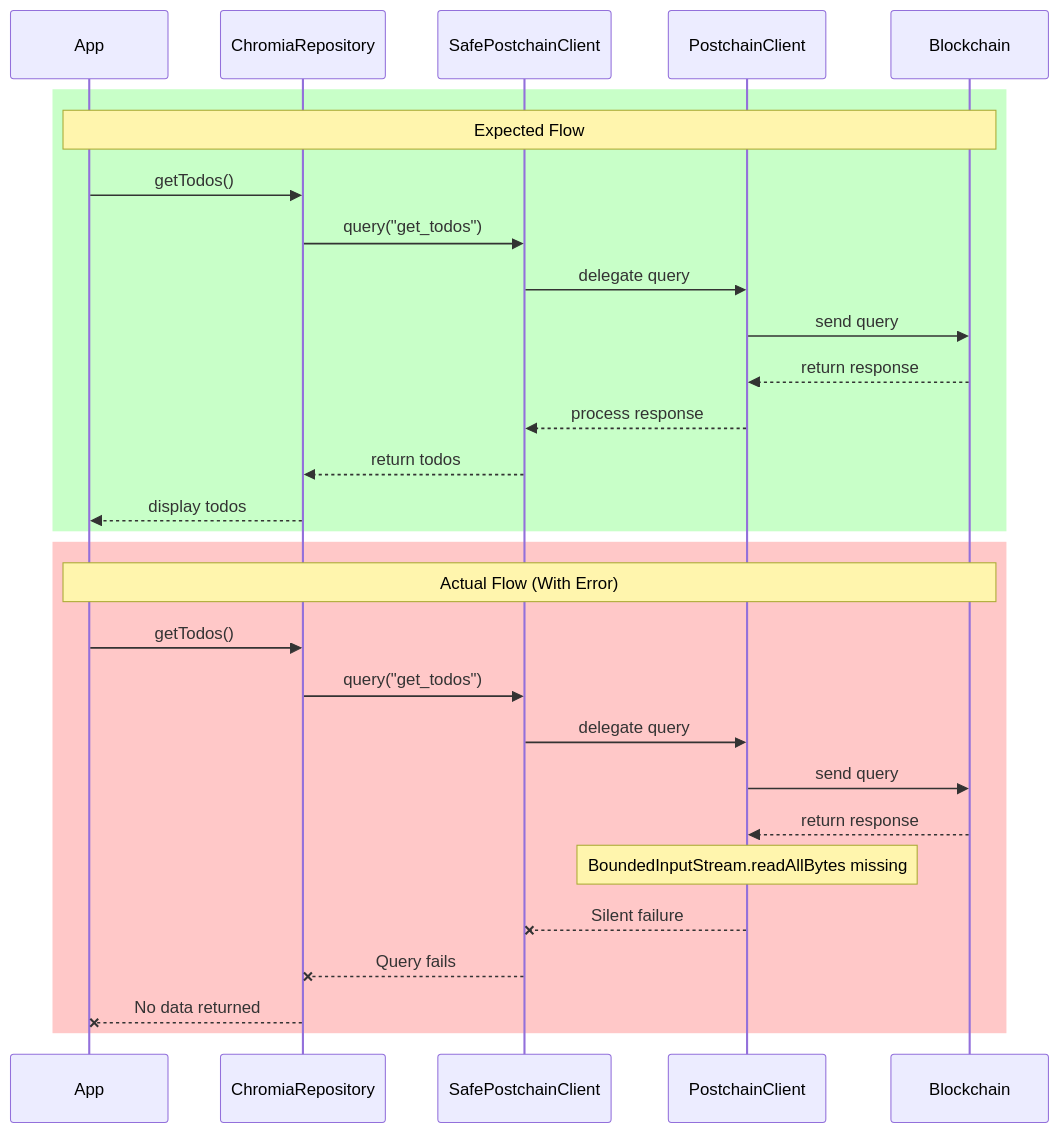
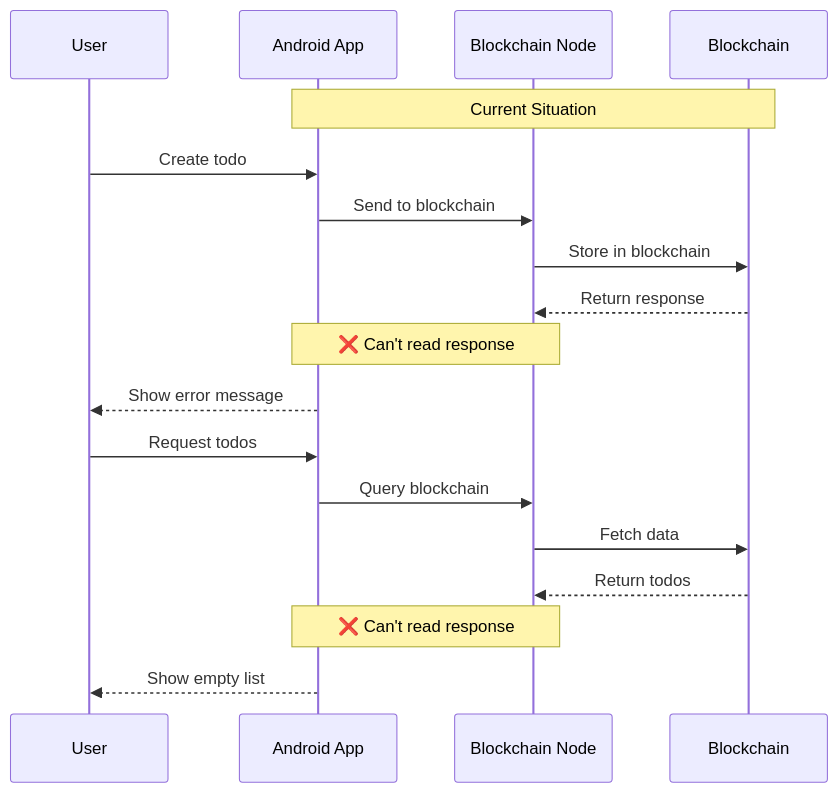
The third of 3 diagrams in work.md (filiksyos/androidtodo), drawn with Mermaid before and after one commit. The commit also changed other lines of this file and 2 other files, not shown here.

First line of the commit message:
Update installation and usage documentation with comprehensive visual guides and error handling details

````diff
--- a/work.md
+++ b/work.md
@@ -70,35 +52,23 @@
 ```mermaid
 sequenceDiagram
-    participant App
-    participant Rep as ChromiaRepository
-    participant SPC as SafePostchainClient
-    participant PC as PostchainClient
-    participant BC as Blockchain
+    participant User
+    participant App as Android App
+    participant Node as Blockchain Node
+    participant Chain as Blockchain
 
-    %% Expected Flow
-    rect rgb(200, 255, 200)
-        Note over App,BC: Expected Flow
-        App->>Rep: getTodos()
-        Rep->>SPC: query("get_todos")
-        SPC->>PC: delegate query
-        PC->>BC: send query
-        BC-->>PC: return response
-        PC-->>SPC: process response
-        SPC-->>Rep: return todos
-        Rep-->>App: display todos
-    end
+    Note over App,Chain: Current Situation
+    
+    User->>App: Create todo
+    App->>Node: Send to blockchain
+    Node->>Chain: Store in blockchain
+    Chain-->>Node: Return response
+    Note over Node,App: ❌ Can't read response
+    App-->>User: Show error message
 
-    %% Actual Flow with Error
-    rect rgb(255, 200, 200)
-        Note over App,BC: Actual Flow (With Error)
-        App->>Rep: getTodos()
-        Rep->>SPC: query("get_todos")
-        SPC->>PC: delegate query
-        PC->>BC: send query
-        BC-->>PC: return response
-        Note over PC: BoundedInputStream.readAllBytes missing
-        PC--xSPC: Silent failure
-        SPC--xRep: Query fails
-        Rep--xApp: No data returned
-    end
+    User->>App: Request todos
+    App->>Node: Query blockchain
+    Node->>Chain: Fetch data
+    Chain-->>Node: Return todos
+    Note over Node,App: ❌ Can't read response
+    App-->>User: Show empty list
 ```
````
